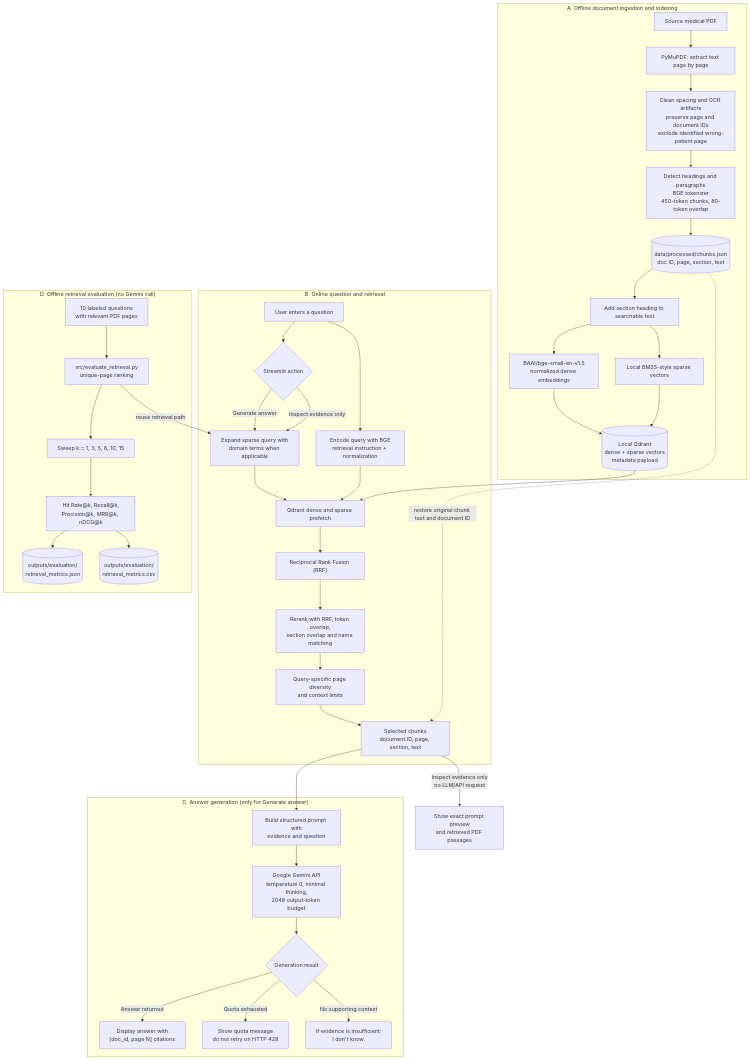
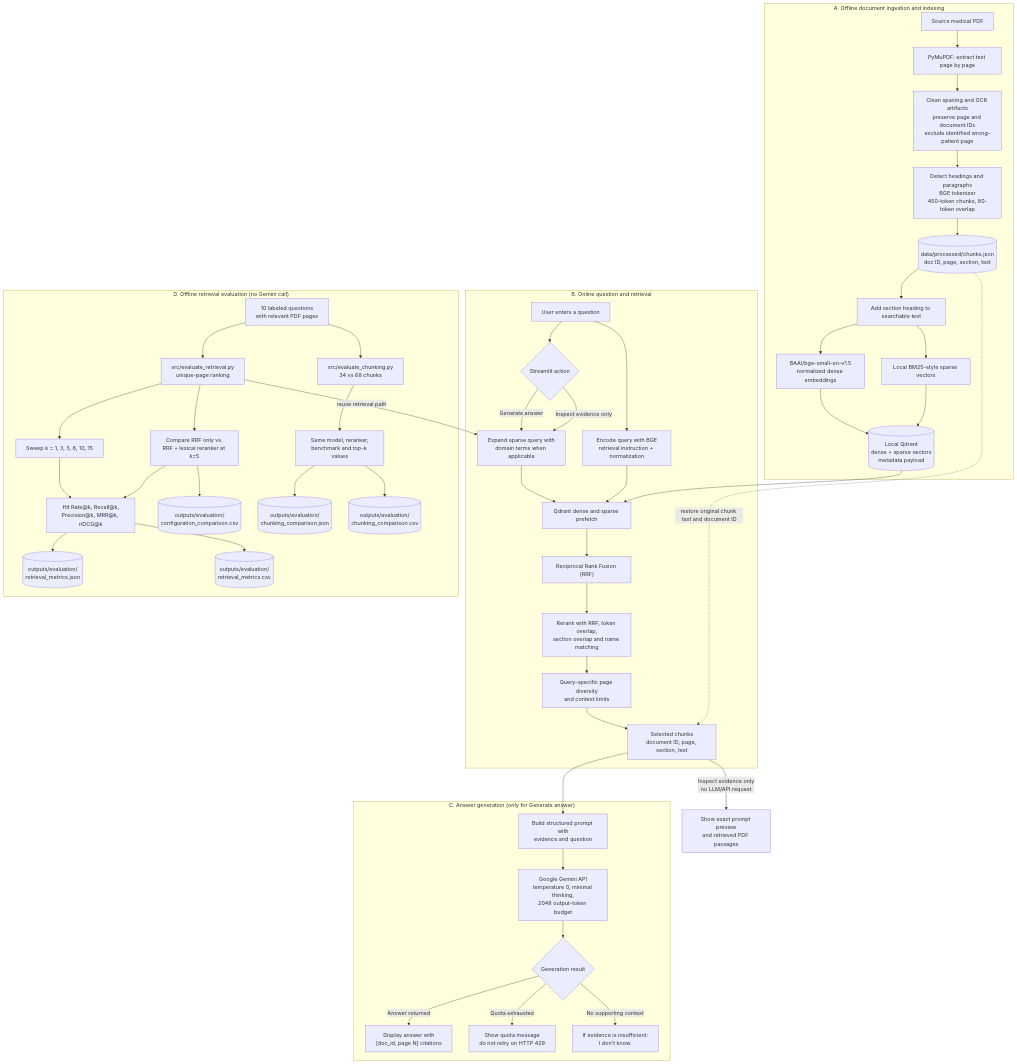
The diagram in RAG_PIPELINE_FLOW.md (nandhini01902/RAG-Pipeline), drawn with Mermaid before and after one commit. The commit also changed other lines of this file and 11 other files, not shown here.

Commit message:
Add chunking evaluation script and tests

````diff
--- a/RAG_PIPELINE_FLOW.md
+++ b/RAG_PIPELINE_FLOW.md
@@ -67,13 +67,24 @@
         BENCH["10 labeled questions<br/>with relevant PDF pages"]
         RUNNER["src/evaluate_retrieval.py<br/>unique-page ranking"]
         SWEEP["Sweep k = 1, 3, 5, 8, 10, 15"]
+        ABLATION["Compare RRF only vs.<br/>RRF + lexical reranker at k=5"]
         METRICS["Hit Rate@k, Recall@k,<br/>Precision@k, MRR@k, nDCG@k"]
         JSON[("outputs/evaluation/<br/>retrieval_metrics.json")]
         CSV[("outputs/evaluation/<br/>retrieval_metrics.csv")]
+        COMPARE_CSV[("outputs/evaluation/<br/>configuration_comparison.csv")]
+        CHUNK_RUNNER["src/evaluate_chunking.py<br/>34 vs 68 chunks"]
+        CHUNK_METRICS["Same model, reranker,<br/>benchmark and top-k values"]
+        CHUNK_JSON[("outputs/evaluation/<br/>chunking_comparison.json")]
+        CHUNK_CSV[("outputs/evaluation/<br/>chunking_comparison.csv")]
 
         BENCH --> RUNNER --> SWEEP --> METRICS
+        RUNNER --> ABLATION --> METRICS
         RUNNER -->|"reuse retrieval path"| QEXP
+        BENCH --> CHUNK_RUNNER --> CHUNK_METRICS
         METRICS --> JSON
         METRICS --> CSV
+        ABLATION --> COMPARE_CSV
+        CHUNK_METRICS --> CHUNK_JSON
+        CHUNK_METRICS --> CHUNK_CSV
     end
 ```
````
